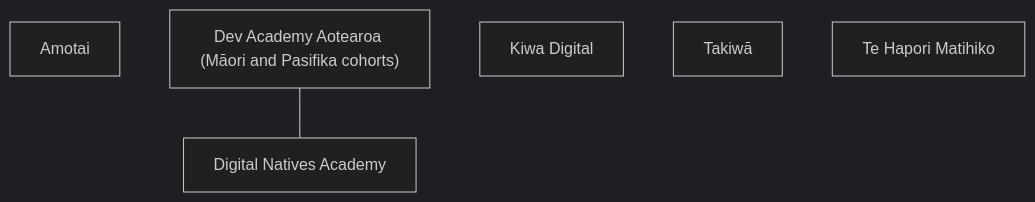
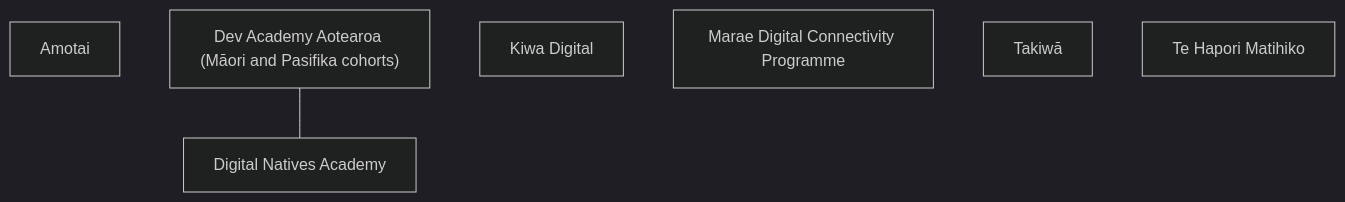
Before and after one commit to olitreadwell/nz-tech-for-good: the fifth of 22 diagrams in GUIDE.md, drawn with Mermaid (dark theme). The commit also changed other lines of this file and 4 other files, not shown here.

````diff
--- a/GUIDE.md
+++ b/GUIDE.md
@@ -153,10 +153,11 @@
 ```mermaid
 flowchart TD
     n_Amotai["Amotai"]
     n_DevAcademyAotearoaMorian["Dev Academy Aotearoa (Māori and Pasifika cohorts)"]
     n_DigitalNativesAcademy["Digital Natives Academy"]
     n_KiwaDigital["Kiwa Digital"]
+    n_MaraeDigitalConnectivity["Marae Digital Connectivity Programme"]
     n_Takiw["Takiwā"]
     n_TeHaporiMatihiko["Te Hapori Matihiko"]
     n_DevAcademyAotearoaMorian --- n_DigitalNativesAcademy
 ```
````
